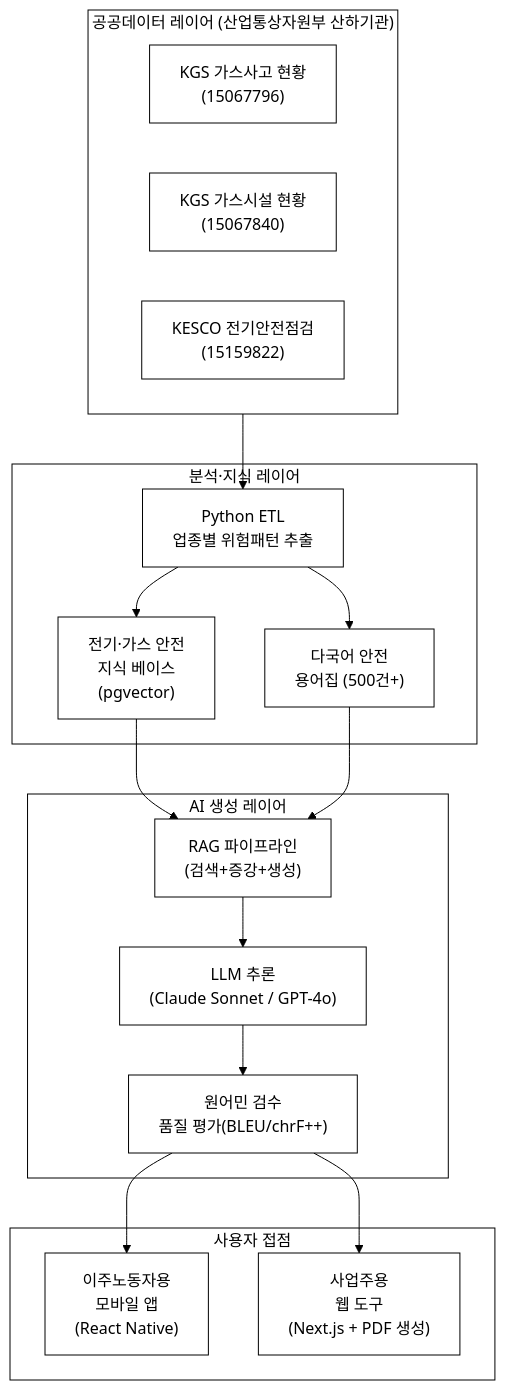
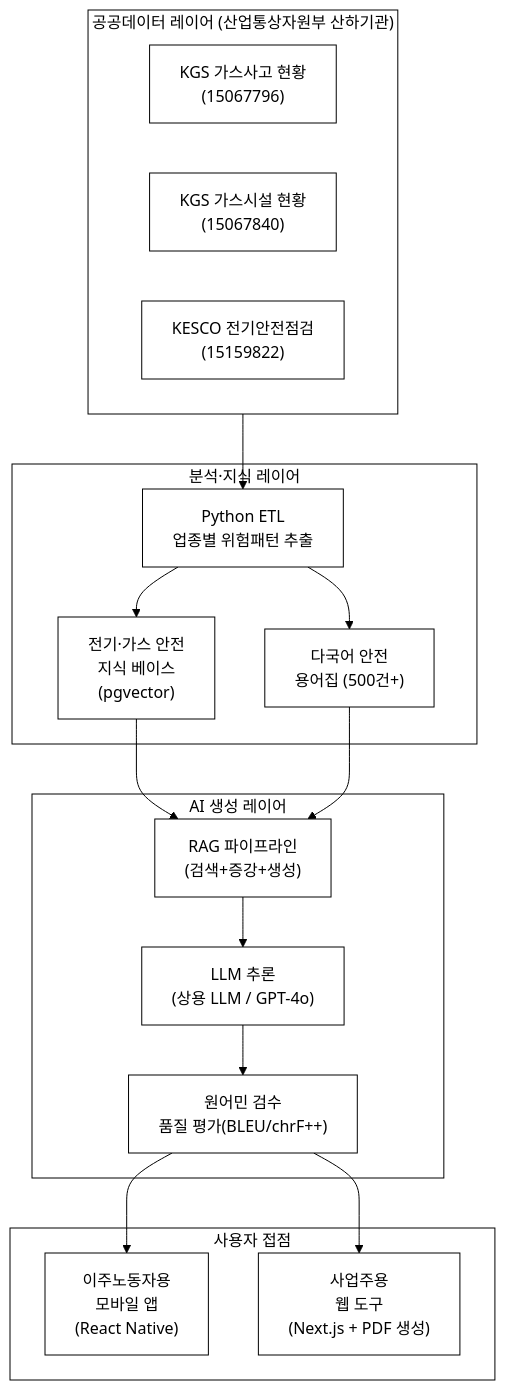
Before and after one commit to iamywl/pulicdata-congress: the first of 5 diagrams in 29-다국어-산업안전가이드/biz/1_제안서.md, drawn with Mermaid. The commit also changed other lines of this file and 16 other files, not shown here.

````diff
--- a/29-다국어-산업안전가이드/biz/1_제안서.md
+++ b/29-다국어-산업안전가이드/biz/1_제안서.md
@@ -33,32 +33,32 @@
 ```mermaid
 %%{init: {'theme':'base','themeVariables':{'background':'#ffffff','primaryColor':'#ffffff','primaryBorderColor':'#000000','primaryTextColor':'#000000','secondaryColor':'#ffffff','secondaryBorderColor':'#000000','secondaryTextColor':'#000000','tertiaryColor':'#ffffff','tertiaryBorderColor':'#000000','tertiaryTextColor':'#000000','mainBkg':'#ffffff','secondBkg':'#ffffff','lineColor':'#000000','textColor':'#000000','clusterBkg':'#ffffff','clusterBorder':'#000000','edgeLabelBackground':'#ffffff','actorBkg':'#ffffff','actorBorder':'#000000','noteBkgColor':'#ffffff','noteBorderColor':'#000000','signalColor':'#000000','signalTextColor':'#000000','fontFamily':'Georgia, serif'}}}%%
 flowchart TB
     subgraph PUBLIC["공공데이터 레이어 (산업통상자원부 산하기관)"]
         KGS1["KGS 가스사고 현황\n(15067796)"]
         KGS2["KGS 가스시설 현황\n(15067840)"]
         KESCO["KESCO 전기안전점검\n(15159822)"]
     end
     subgraph ANALYSIS["분석·지식 레이어"]
         ETL["Python ETL\n업종별 위험패턴 추출"]
         KB["전기·가스 안전\n지식 베이스\n(pgvector)"]
         GLOSSARY["다국어 안전\n용어집 (500건+)"]
     end
     subgraph GENERATION["AI 생성 레이어"]
         RAG["RAG 파이프라인\n(검색+증강+생성)"]
-        LLM["LLM 추론\n(Claude Sonnet / GPT-4o)"]
+        LLM["LLM 추론\n(상용 LLM / GPT-4o)"]
         QA["원어민 검수\n품질 평가(BLEU/chrF++)"]
     end
     subgraph DELIVERY["사용자 접점"]
         APP["이주노동자용\n모바일 앱\n(React Native)"]
         WEB["사업주용\n웹 도구\n(Next.js + PDF 생성)"]
     end
     PUBLIC --> ETL
     ETL --> KB
     ETL --> GLOSSARY
     KB --> RAG
     GLOSSARY --> RAG
     RAG --> LLM
     LLM --> QA
     QA --> APP
     QA --> WEB
 ```
````
